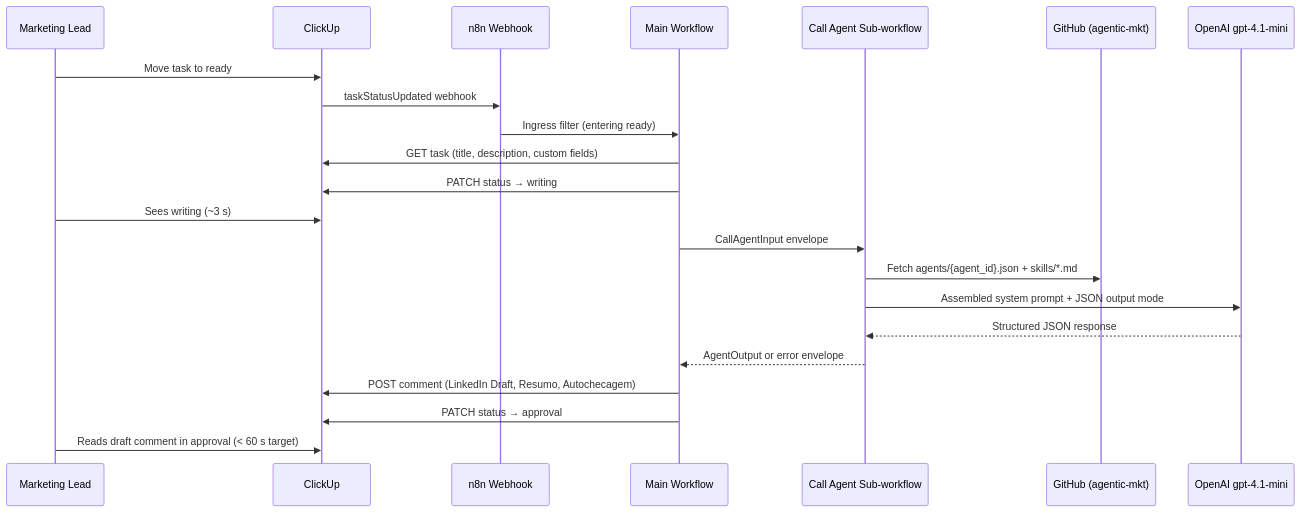
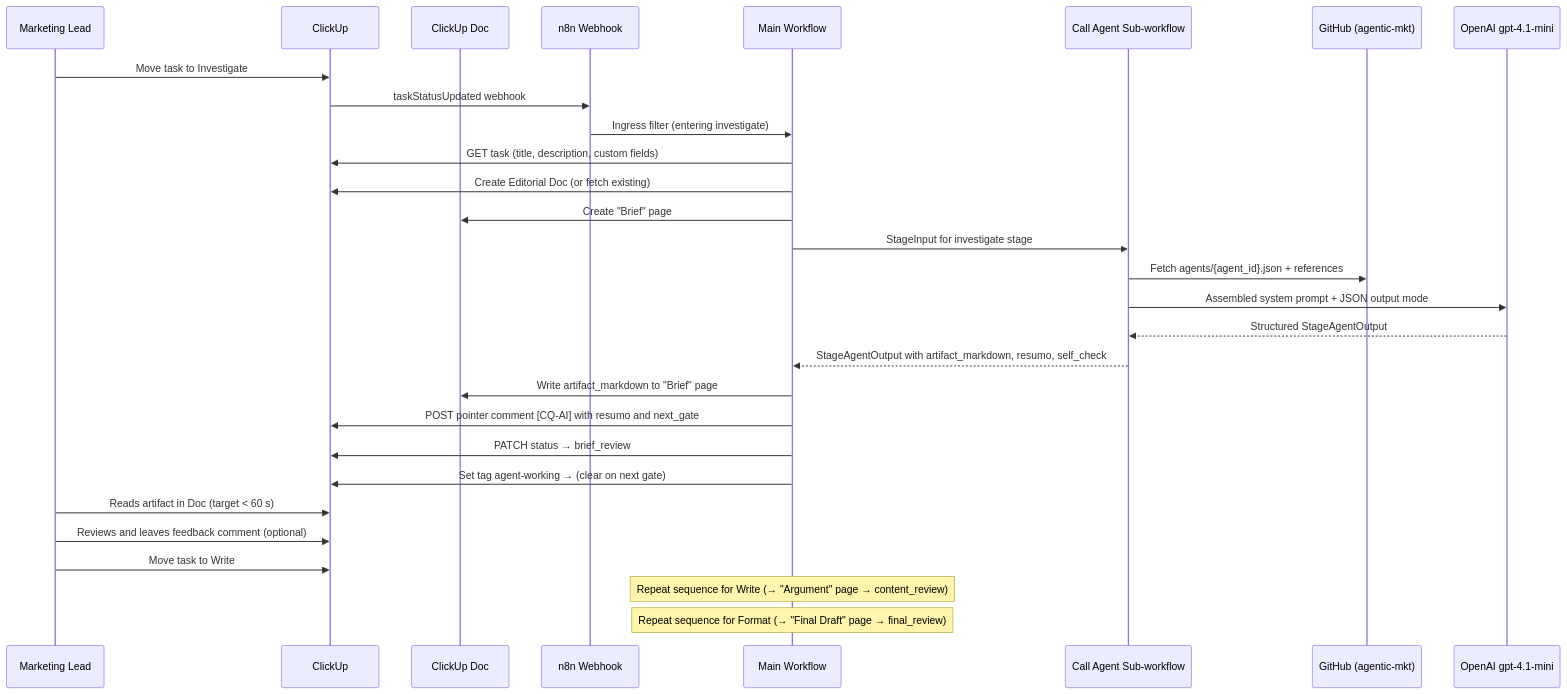
One commit to WolvenTech/agentic-mkt changed the diagram in agents/harness/io-contract.md. Above: the diagram before and after it, drawn with Mermaid. The commit also changed other lines of this file and 80 other files, not shown here.

````diff
--- a/agents/harness/io-contract.md
+++ b/agents/harness/io-contract.md
@@ -189,25 +225,32 @@
 ```mermaid
 sequenceDiagram
     participant Lead as Marketing Lead
     participant CU as ClickUp
+    participant Doc as ClickUp Doc
     participant WH as n8n Webhook
     participant Main as Main Workflow
     participant Agent as Call Agent Sub-workflow
     participant GH as GitHub (agentic-mkt)
     participant LLM as OpenAI gpt-4.1-mini
 
-    Lead->>CU: Move task to ready
+    Lead->>CU: Move task to Investigate
     CU->>WH: taskStatusUpdated webhook
-    WH->>Main: Ingress filter (entering ready)
+    WH->>Main: Ingress filter (entering investigate)
     Main->>CU: GET task (title, description, custom fields)
-    Main->>CU: PATCH status → writing
-    Lead->>CU: Sees writing (~3 s)
-    Main->>Agent: CallAgentInput envelope
-    Agent->>GH: Fetch agents/{agent_id}.json + skills/*.md
+    Main->>CU: Create Editorial Doc (or fetch existing)
+    Main->>Doc: Create "Brief" page
+    Main->>Agent: StageInput for investigate stage
+    Agent->>GH: Fetch agents/{agent_id}.json + references
     Agent->>LLM: Assembled system prompt + JSON output mode
-    LLM-->>Agent: Structured JSON response
-    Agent-->>Main: AgentOutput or error envelope
-    Main->>CU: POST comment (LinkedIn Draft, Resumo, Autochecagem)
-    Main->>CU: PATCH status → approval
-    Lead->>CU: Reads draft comment in approval (< 60 s target)
+    LLM-->>Agent: Structured StageAgentOutput
+    Agent-->>Main: StageAgentOutput with artifact_markdown, resumo, self_check
+    Main->>Doc: Write artifact_markdown to "Brief" page
+    Main->>CU: POST pointer comment [CQ-AI] with resumo and next_gate
+    Main->>CU: PATCH status → brief_review
+    Main->>CU: Set tag agent-working → (clear on next gate)
+    Lead->>CU: Reads artifact in Doc (target < 60 s)
+    Lead->>CU: Reviews and leaves feedback comment (optional)
+    Lead->>CU: Move task to Write
+    Note over Main: Repeat sequence for Write (→ "Argument" page → content_review)
+    Note over Main: Repeat sequence for Format (→ "Final Draft" page → final_review)
 ```
````
